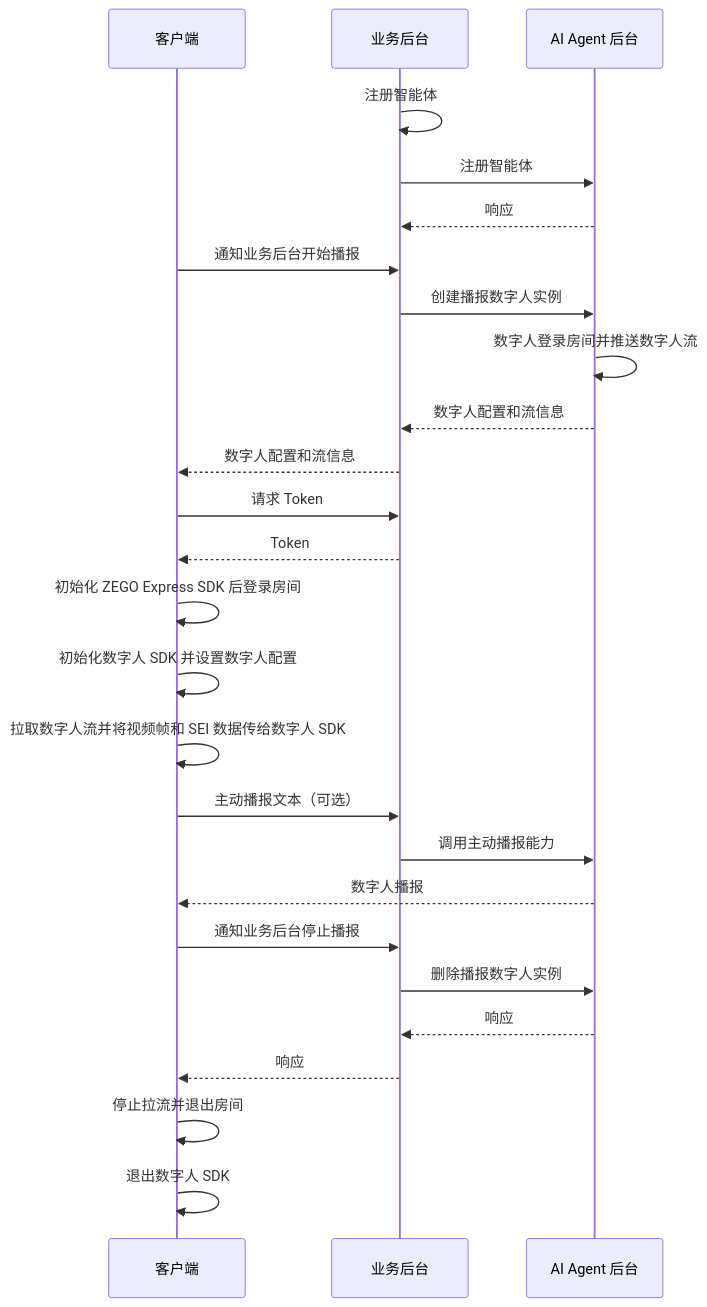
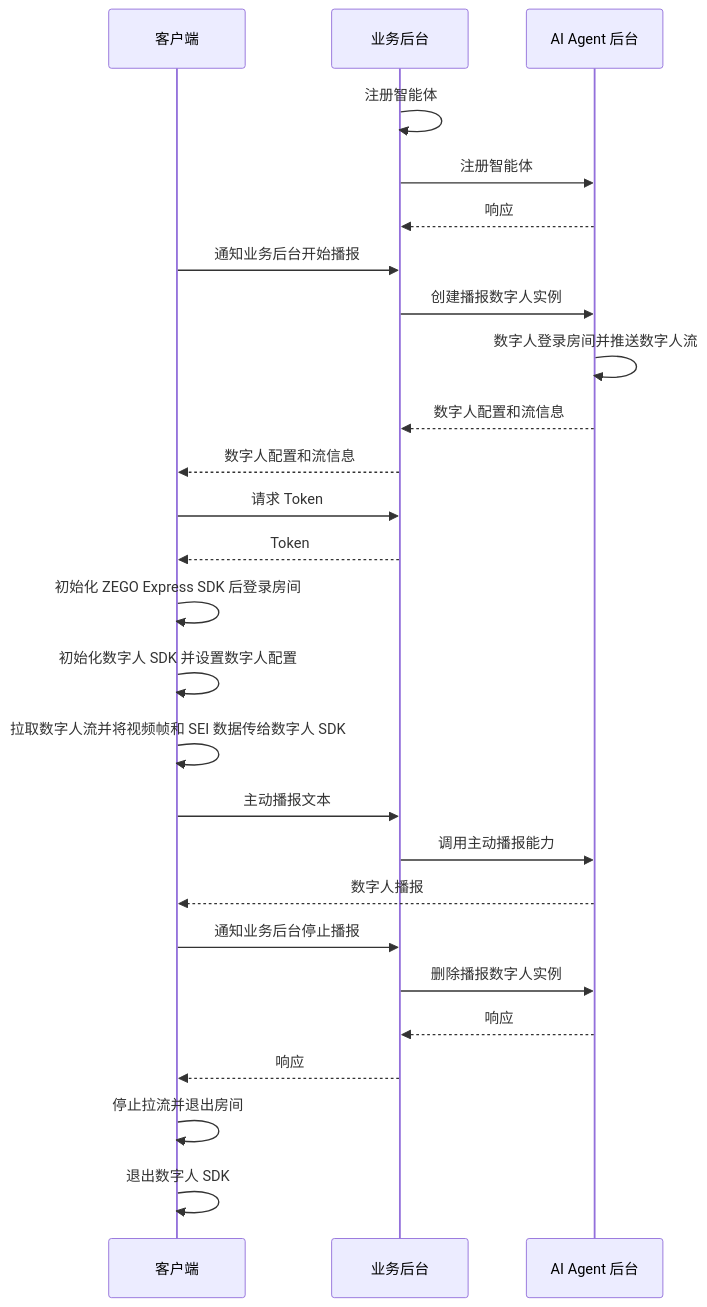
One commit to ZEGOCLOUD/docs_all changed the first of 3 diagrams in core_products/aiagent/zh/android/quick-start-with-live-digital-human.mdx. Above: the diagram before and after it, drawn with Mermaid. The commit also changed other lines of this file and 1 other file, not shown here.

Commit message:
AIAgent: Fix live-digital-human sequence diagram - unify Android graph to sequenceDiagram and remove optional label from TTS

````diff
--- a/core_products/aiagent/zh/android/quick-start-with-live-digital-human.mdx
+++ b/core_products/aiagent/zh/android/quick-start-with-live-digital-human.mdx
@@ -127,35 +113,35 @@
 ```mermaid
 sequenceDiagram
     participant 客户端
     participant 业务后台
     participant AI Agent 后台
 
     业务后台->>业务后台: 注册智能体
     业务后台->>AI Agent 后台: 注册智能体
     AI Agent 后台-->>业务后台: 响应
 
     客户端->>业务后台: 通知业务后台开始播报
     业务后台->>AI Agent 后台: 创建播报数字人实例
     AI Agent 后台->>AI Agent 后台: 数字人登录房间并推送数字人流
     AI Agent 后台-->>业务后台: 数字人配置和流信息
     业务后台-->>客户端: 数字人配置和流信息
 
     客户端->>业务后台: 请求 Token
     业务后台-->>客户端: Token
 
     客户端->>客户端: 初始化 ZEGO Express SDK 后登录房间
     客户端->>客户端: 初始化数字人 SDK 并设置数字人配置
     客户端->>客户端: 拉取数字人流并将视频帧和 SEI 数据传给数字人 SDK
 
-    客户端->>业务后台: 主动播报文本（可选）
+    客户端->>业务后台: 主动播报文本
     业务后台->>AI Agent 后台: 调用主动播报能力
     AI Agent 后台-->>客户端: 数字人播报
 
     客户端->>业务后台: 通知业务后台停止播报
     业务后台->>AI Agent 后台: 删除播报数字人实例
     AI Agent 后台-->>业务后台: 响应
     业务后台-->>客户端: 响应
 
     客户端->>客户端: 停止拉流并退出房间
     客户端->>客户端: 退出数字人 SDK
 ```
````
